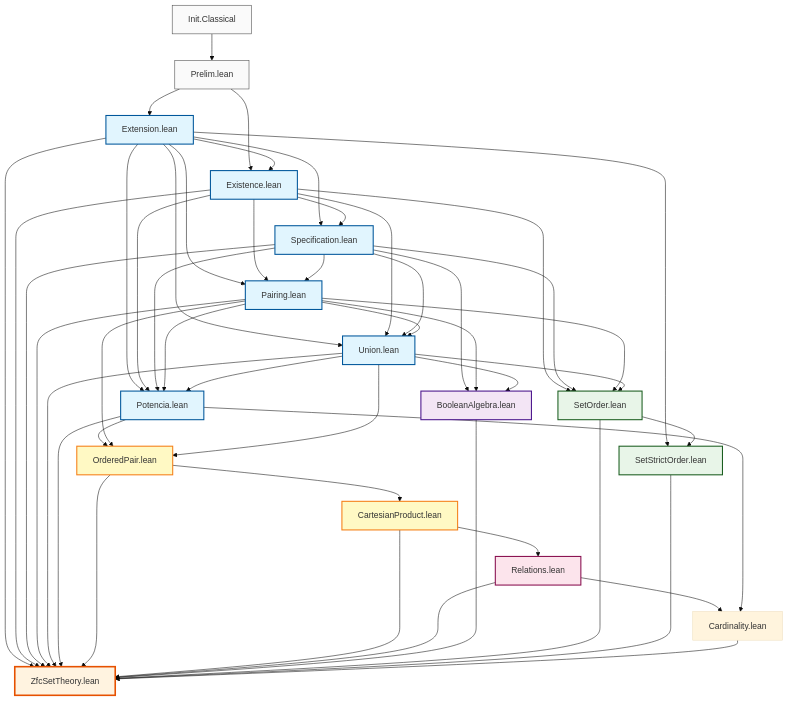
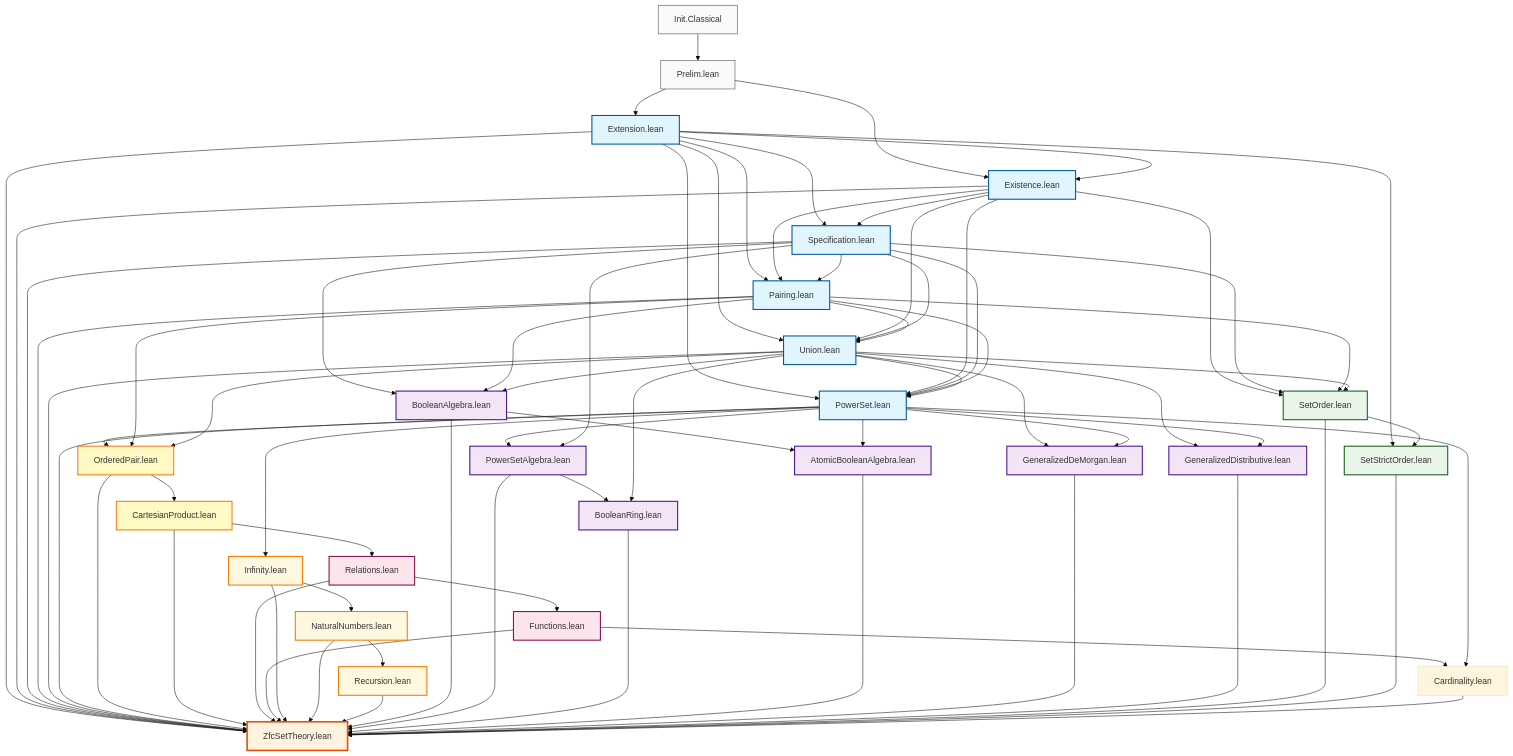
Before and after one commit to julian1c2a/ZfcSetTheory: the diagram in DEPENDENCIES.md, drawn with Mermaid (base theme). The commit also changed other lines of this file, not shown here.

Commit message:
feat: actualizar el diagrama de dependencias y añadir nuevas secciones para funciones, infinito y números naturales

````diff
--- a/DEPENDENCIES.md
+++ b/DEPENDENCIES.md
@@ -43,7 +48,7 @@
     E --> S[Specification.lean]
     E --> Pa[Pairing.lean]
     E --> U[Union.lean]
-    E --> Pot[Potencia.lean]
+    E --> Pot[PowerSet.lean]
     
     %% Nivel 3: Axiomas que dependen de Existence
     Ex --> S
@@ -67,10 +72,16 @@
     %% Nivel 6: Producto Cartesiano
     OP --> CP[CartesianProduct.lean]
     
-    %% Nivel 7: Relaciones
+    %% Nivel 7: Relaciones y Funciones
     CP --> Rel[Relations.lean]
+    Rel --> Func[Functions.lean]
     
-    %% Nivel 8: Álgebras y órdenes
+    %% Nivel 8: Números Naturales
+    Pot --> Inf[Infinity.lean]
+    Inf --> Nat[NaturalNumbers.lean]
+    Nat --> Rec[Recursion.lean]
+    
+    %% Nivel 9: Álgebras y órdenes
     E --> SSO[SetStrictOrder.lean]
     Ex --> SO[SetOrder.lean]
     S --> SO
@@ -80,12 +91,22 @@
     S --> BA[BooleanAlgebra.lean]
     Pa --> BA
     U --> BA
+    Pot --> PSA[PowerSetAlgebra.lean]
+    S --> PSA
+    PSA --> BR[BooleanRing.lean]
+    U --> BR
+    BA --> ABA[AtomicBooleanAlgebra.lean]
+    Pot --> ABA
+    U --> GDM[GeneralizedDeMorgan.lean]
+    Pot --> GDM
+    U --> GDD[GeneralizedDistributive.lean]
+    Pot --> GDD
     
-    %% Nivel 9: Cardinalidad
-    Rel --> Card[Cardinality.lean]
+    %% Nivel 10: Cardinalidad
+    Func --> Card[Cardinality.lean]
     Pot --> Card
     
-    %% Nivel 10: Módulo principal
+    %% Nivel 11: Módulo principal
     E --> Z[ZfcSetTheory.lean]
     Ex --> Z
     S --> Z
@@ -95,7 +116,16 @@
     OP --> Z
     CP --> Z
     Rel --> Z
+    Func --> Z
+    Inf --> Z
+    Nat --> Z
+    Rec --> Z
     BA --> Z
+    PSA --> Z
+    BR --> Z
+    ABA --> Z
+    GDM --> Z
+    GDD --> Z
     SO --> Z
     SSO --> Z
     Card --> Z
@@ -106,14 +136,17 @@
     classDef order fill:#e8f5e8,stroke:#1b5e20,stroke-width:2px
     classDef extension fill:#fff9c4,stroke:#f57f17,stroke-width:2px
     classDef relation fill:#fce4ec,stroke:#880e4f,stroke-width:2px
+    classDef functions fill:#e3f2fd,stroke:#0d47a1,stroke-width:2px
+    classDef natural fill:#fff8e1,stroke:#f57c00,stroke-width:2px
     classDef main fill:#fff3e0,stroke:#e65100,stroke-width:3px
     classDef external fill:#fafafa,stroke:#424242,stroke-width:1px
     
     class E,Ex,S,Pa,U,Pot axiom
-    class BA algebra
+    class BA,PSA,BR,ABA,GDM,GDD algebra
     class SO,SSO order
     class OP,CP extension
-    class Rel relation
+    class Rel,Func relation
+    class Inf,Nat,Rec natural
     class Z main
     class IC,P external
 ```
````
